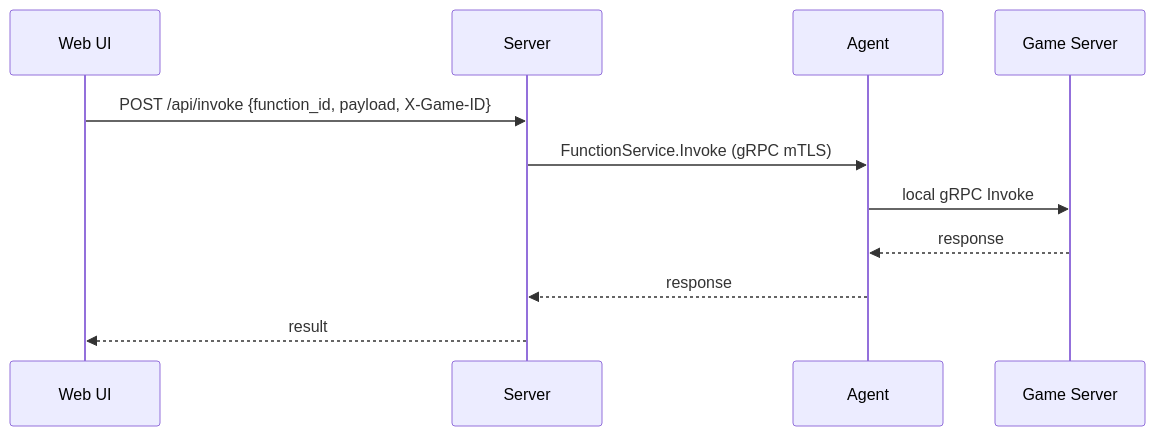
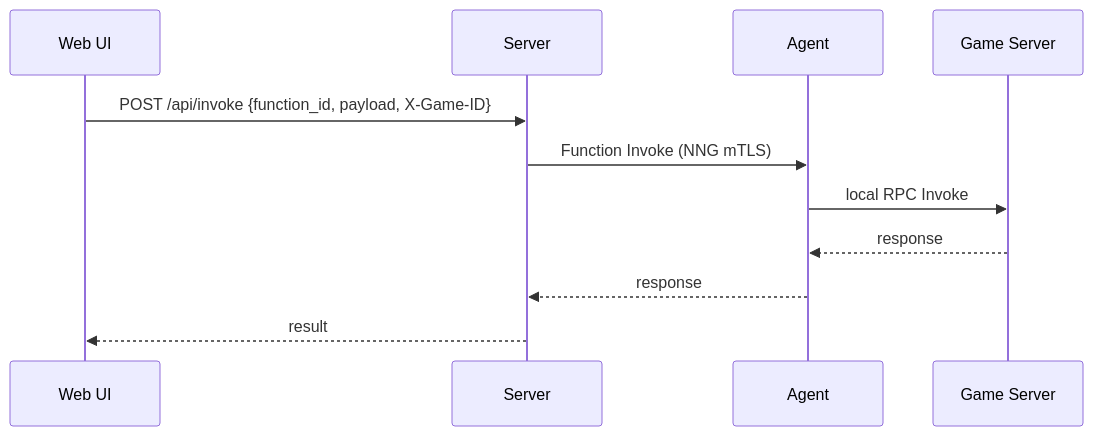
One commit to cuihairu/croupier changed the second of 2 diagrams in README.md. Above: the diagram before and after it, drawn with Mermaid. The commit also changed other lines of this file and 2 other files, not shown here.

First line of the commit message:
docs: 将通信协议从 gRPC 更新为 NNG

````diff
--- a/README.md
+++ b/README.md
@@ -133,14 +133,14 @@
 ```mermaid
 sequenceDiagram
   participant UI as Web UI
   participant Server as Server
   participant Agent as Agent
   participant GS as Game Server
 
   UI->>Server: POST /api/invoke {function_id, payload, X-Game-ID}
-  Server->>Agent: FunctionService.Invoke (gRPC mTLS)
-  Agent->>GS: local gRPC Invoke
+  Server->>Agent: Function Invoke (NNG mTLS)
+  Agent->>GS: local RPC Invoke
   GS-->>Agent: response
   Agent-->>Server: response
   Server-->>UI: result
 ```
````
